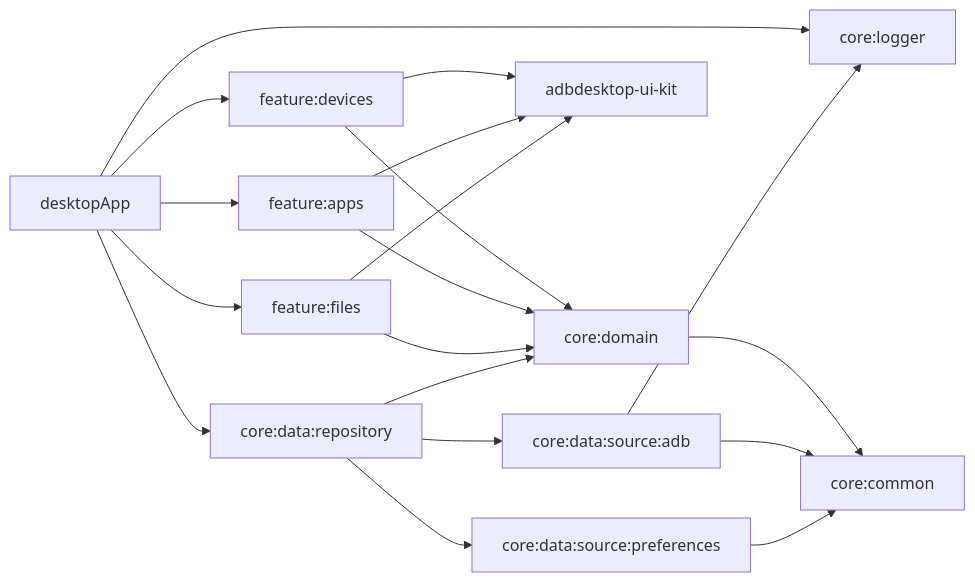
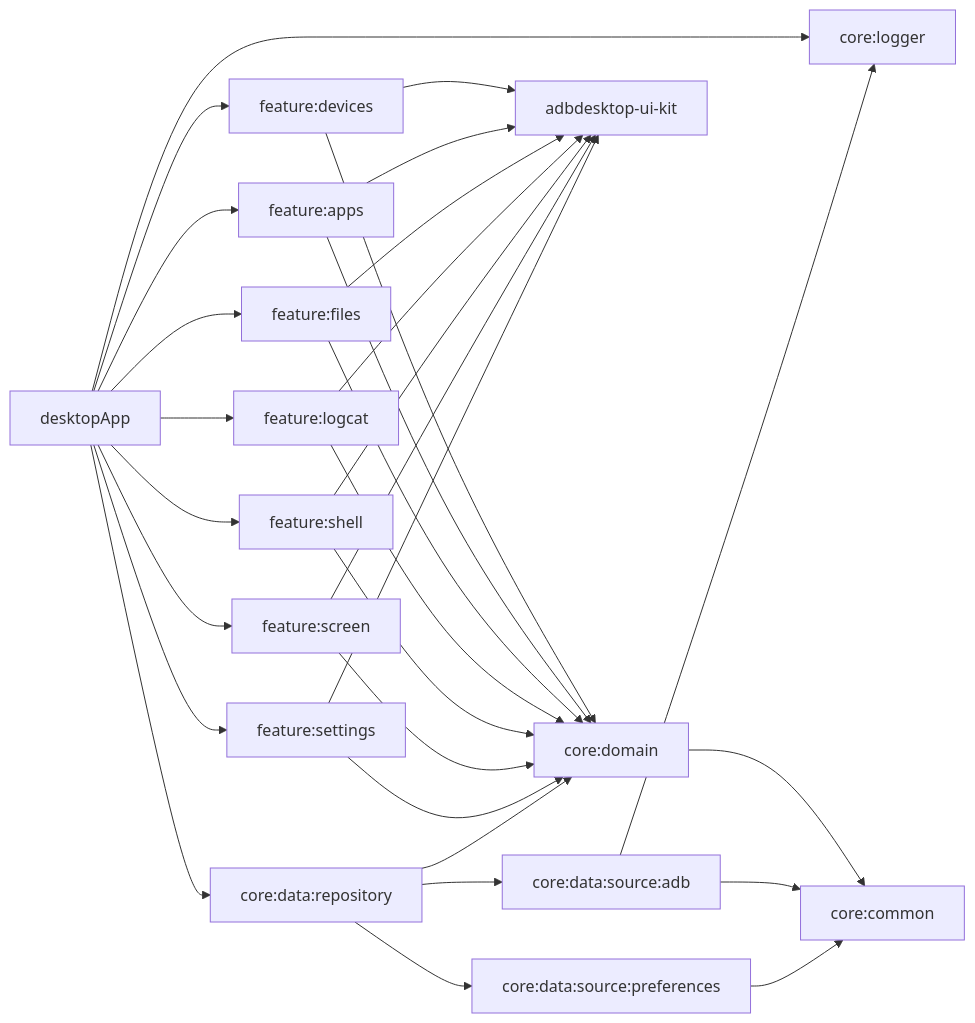
The diagram in README.md (kvothe321/adb-desktop), drawn with Mermaid before and after one commit. The commit also changed other lines of this file and 1 other file, not shown here.

````diff
--- a/README.md
+++ b/README.md
@@ -49,24 +69,36 @@
 ```mermaid
 graph LR
     desktopApp --> feature_devices[feature:devices]
     desktopApp --> feature_apps[feature:apps]
     desktopApp --> feature_files[feature:files]
+    desktopApp --> feature_logcat[feature:logcat]
+    desktopApp --> feature_shell[feature:shell]
+    desktopApp --> feature_screen[feature:screen]
+    desktopApp --> feature_settings[feature:settings]
     desktopApp --> repository[core:data:repository]
     desktopApp --> logger[core:logger]
 
     feature_devices --> domain[core:domain]
     feature_apps --> domain
     feature_files --> domain
+    feature_logcat --> domain
+    feature_shell --> domain
+    feature_screen --> domain
+    feature_settings --> domain
     feature_devices --> uikit[adbdesktop-ui-kit]
     feature_apps --> uikit
     feature_files --> uikit
+    feature_logcat --> uikit
+    feature_shell --> uikit
+    feature_screen --> uikit
+    feature_settings --> uikit
 
     repository --> domain
     repository --> adb[core:data:source:adb]
     repository --> preferences[core:data:source:preferences]
 
     domain --> common[core:common]
     adb --> common
     adb --> logger
     preferences --> common
 ```
````
